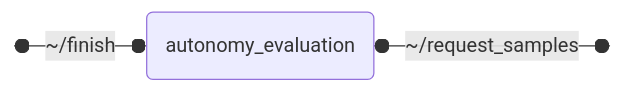
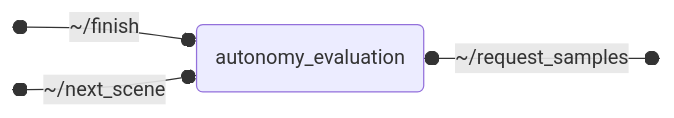
Before and after one commit to thinking-cars/autonomy_evaluation: the diagram in autonomy_evaluation/README.md, drawn with Mermaid. The commit also changed other lines of this file and 6 other files, not shown here.

````diff
--- a/autonomy_evaluation/README.md
+++ b/autonomy_evaluation/README.md
@@ -77,7 +77,8 @@
 ```mermaid
 flowchart LR
     NODE("autonomy_evaluation")
     SS0:::hidden o--o|~/finish| NODE
+    SS1:::hidden o--o|~/next_scene| NODE
     NODE o--o|~/request_samples| SC0:::hidden
     classDef hidden display: none;
 ```
````
